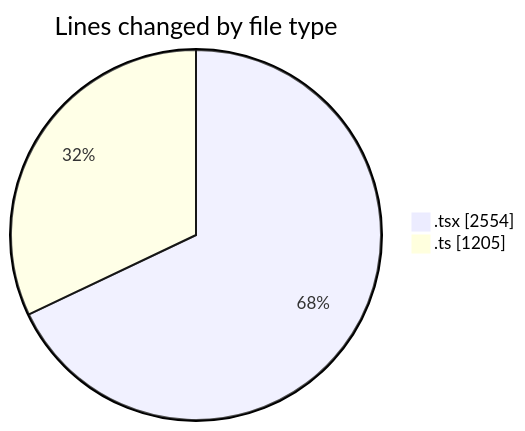
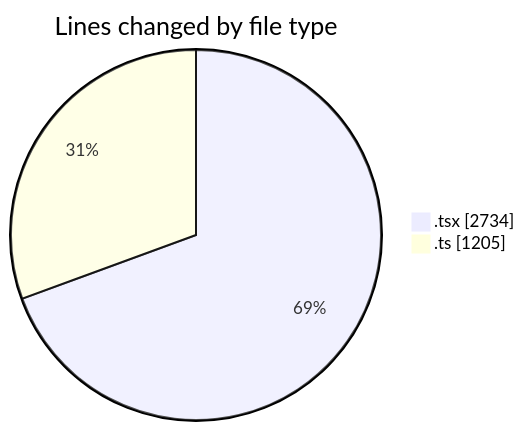
Before and after one commit to nxtqubesakshisongat/code-tracking: the first of 2 diagrams in 2026-02-18/nxtqube_webapp/README.md, drawn with Mermaid. The commit also changed other lines of this file and 1 other file, not shown here.

````diff
--- a/2026-02-18/nxtqube_webapp/README.md
+++ b/2026-02-18/nxtqube_webapp/README.md
@@ -27,6 +27,6 @@
 ```mermaid
 pie showData
 title Lines changed by file type
-".tsx" : 2554
+".tsx" : 2734
 ".ts" : 1205
 ```
````
